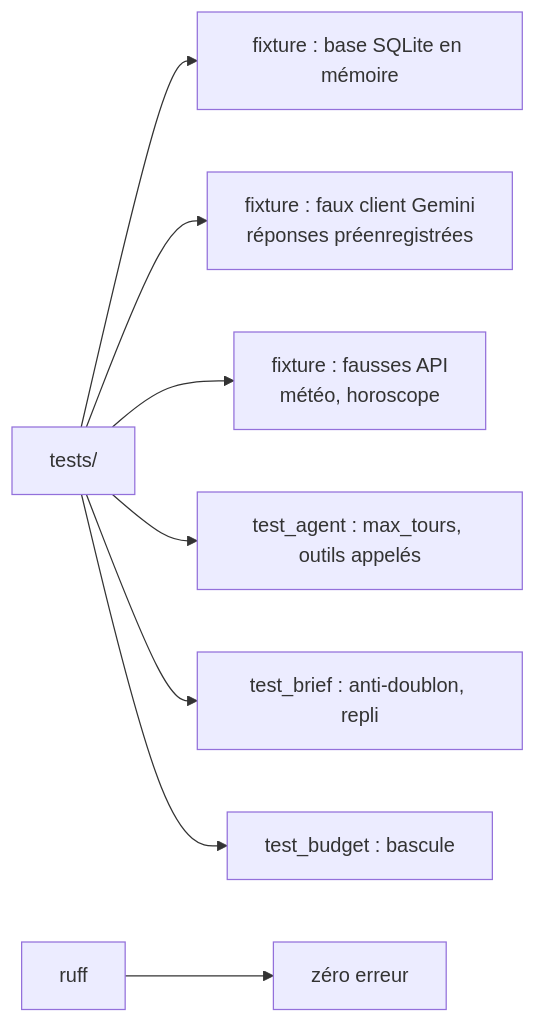
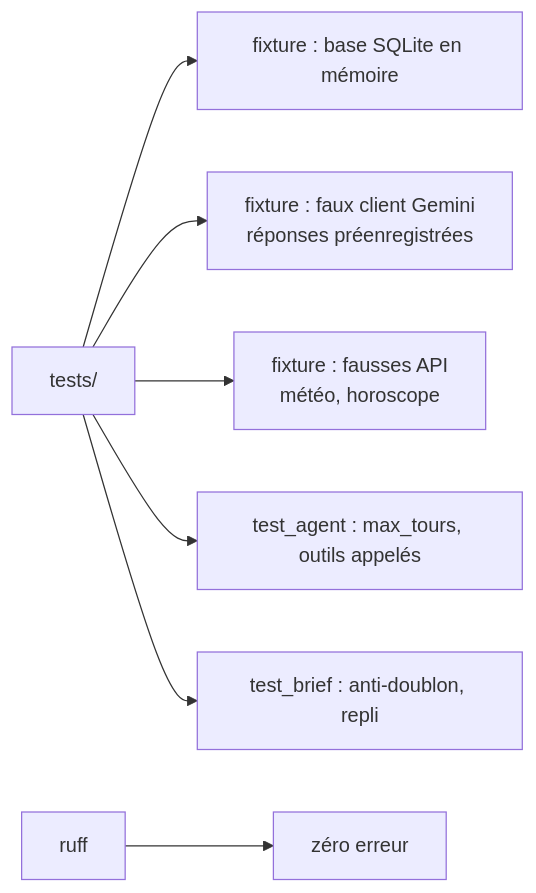
One commit to lecinquiemejour-code/goodvibe-tuto changed diagram 29 of 37 in tuto-goodvibe-vibecoding.md. Above: the diagram before and after it, drawn with Mermaid. The commit also changed other lines of this file and 2 other files, not shown here.

Commit message:
Retrait de la feature budget et mode économe : 14 fiches, la piste passe dans Pour aller plus loin

````diff
--- a/tuto-goodvibe-vibecoding.md
+++ b/tuto-goodvibe-vibecoding.md
@@ -1087,10 +1044,9 @@
 ```mermaid
 flowchart LR
     T["tests/"] --> F1["fixture : base SQLite en mémoire"]
     T --> F2["fixture : faux client Gemini<br/>réponses préenregistrées"]
     T --> F3["fixture : fausses API<br/>météo, horoscope"]
     T --> X["test_agent : max_tours, outils appelés"]
     T --> Y["test_brief : anti-doublon, repli"]
-    T --> W["test_budget : bascule"]
     R["ruff"] --> OK["zéro erreur"]
 ```
````
